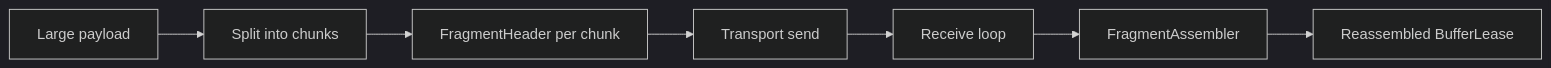
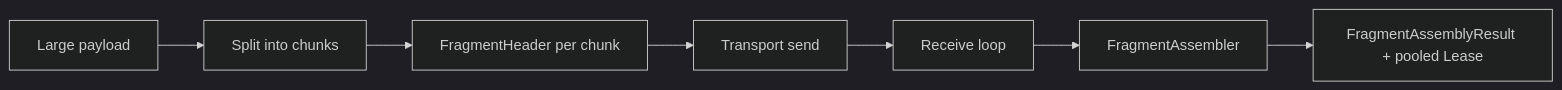
The diagram in docs/api/framework/packets/fragmentation.md (ppn-systems/Nalix), drawn with Mermaid (dark theme) before and after one commit. The commit also changed other lines of this file and 20 other files, not shown here.

````diff
--- a/docs/api/framework/packets/fragmentation.md
+++ b/docs/api/framework/packets/fragmentation.md
@@ -131,9 +131,9 @@
 ```mermaid
 flowchart LR
     A["Large payload"] --> B["Split into chunks"]
     B --> C["FragmentHeader per chunk"]
     C --> D["Transport send"]
     D --> E["Receive loop"]
     E --> F["FragmentAssembler"]
-    F --> G["Reassembled BufferLease"]
+    F --> G["FragmentAssemblyResult + pooled Lease"]
 ```
````
